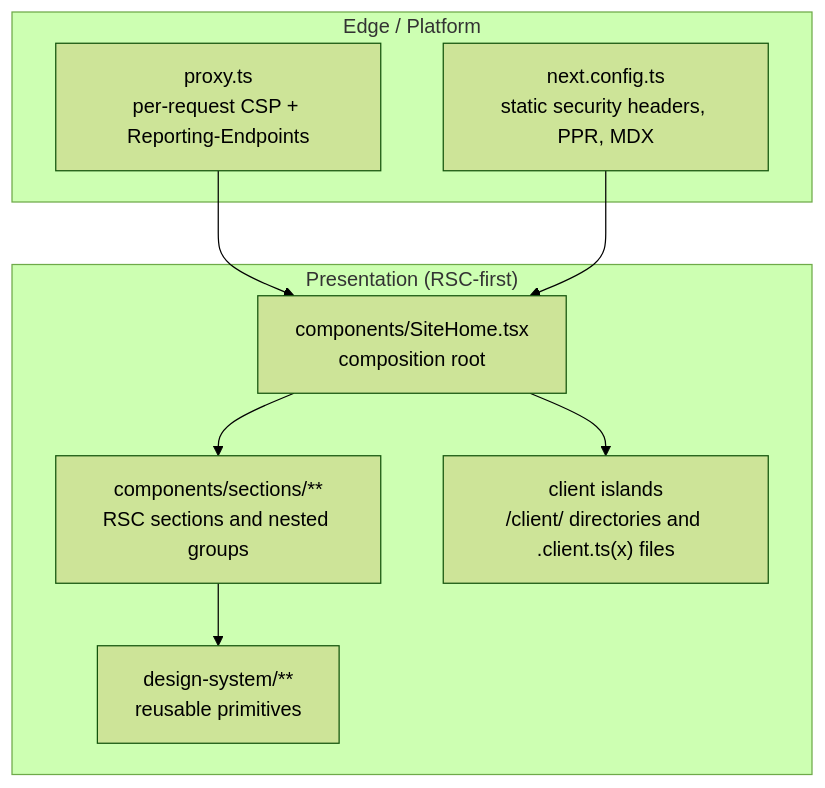
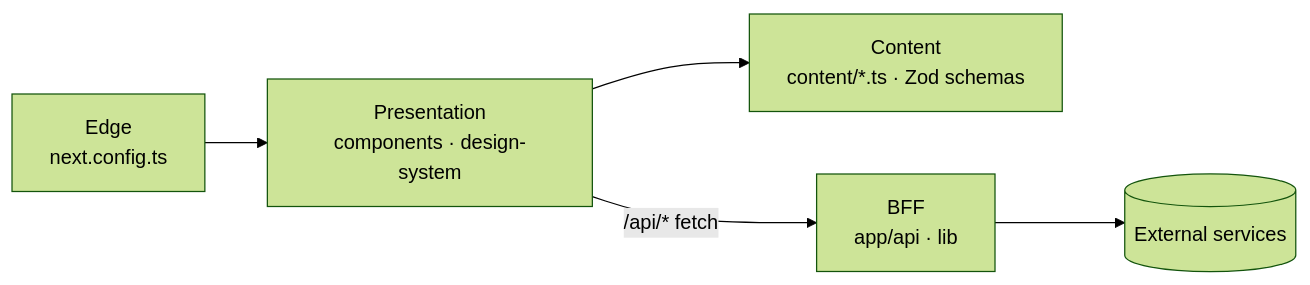
One commit to erikunha/portfolio changed the first of 5 diagrams in docs/01-architecture.md. Above: the diagram before and after it, drawn with Mermaid (forest theme). The commit also changed other lines of this file and 1454 other files, not shown here.

First line of the commit message:
refactor(architecture): milestones M0 to M14 and native ci:full (#423)

````diff
--- a/docs/01-architecture.md
+++ b/docs/01-architecture.md
@@ -17,17 +15,7 @@
 ```mermaid
-flowchart TB
-    subgraph edge["Edge / Platform"]
-        proxy["proxy.ts<br/>per-request CSP + Reporting-Endpoints"]
-        cfg["next.config.ts<br/>static security headers, PPR, MDX"]
-    end
-    subgraph present["Presentation (RSC-first)"]
-        page["components/SiteHome.tsx<br/>composition root"]
-        sections["components/sections/**<br/>RSC sections and nested groups"]
-        islands["client islands<br/>/client/ directories and .client.ts(x) files"]
-        ds["design-system/**<br/>reusable primitives"]
-    end
-    proxy --> page
-    cfg --> page
-    page --> sections --> ds
-    page --> islands
+flowchart LR
+    edge["Edge<br/>next.config.ts"] --> pres["Presentation<br/>components · design-system"]
+    pres --> content["Content<br/>content/*.ts · Zod schemas"]
+    pres -->|"/api/* fetch"| bff["BFF<br/>app/api · lib"]
+    bff --> ext[("External services")]
 ```
````
